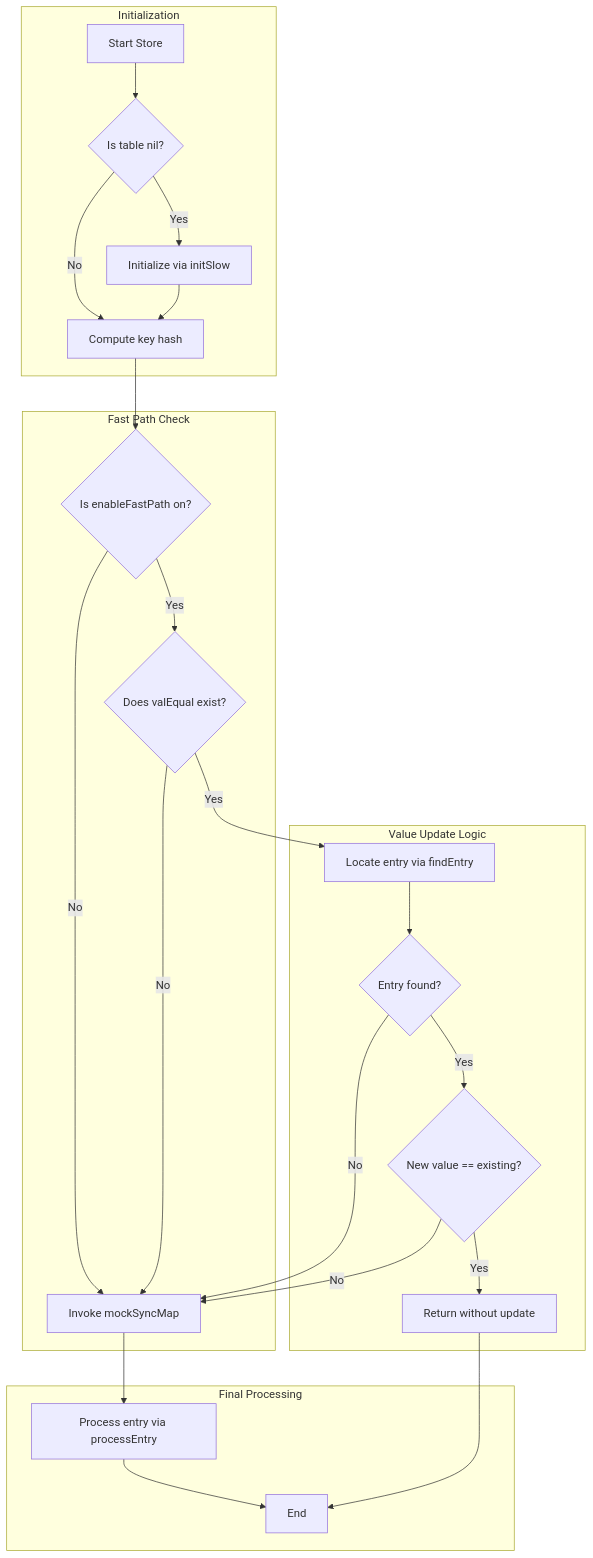
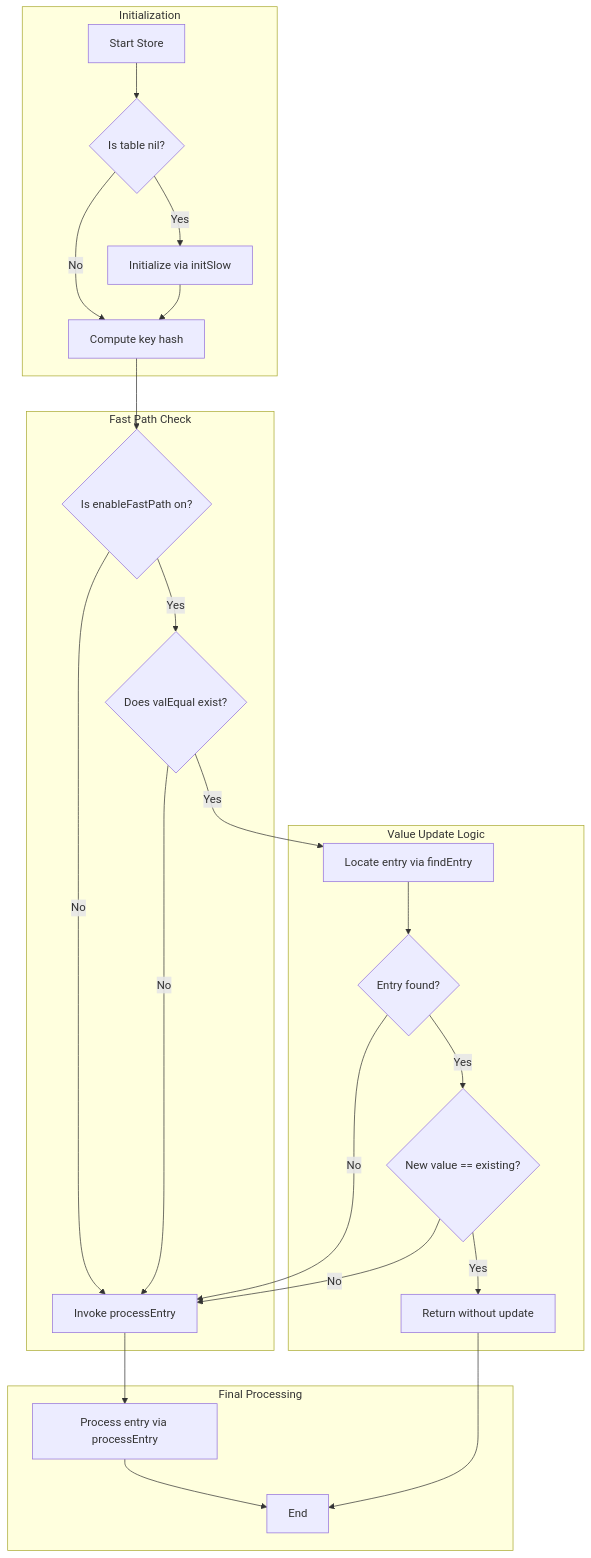
One commit to llxisdsh/pb changed the second of 7 diagrams in mapof_flow.md. Above: the diagram before and after it, drawn with Mermaid. The commit also changed other lines of this file, not shown here.

````diff
--- a/mapof_flow.md
+++ b/mapof_flow.md
@@ -62,31 +62,31 @@
 ```mermaid
 flowchart TD
 	subgraph Initialization
 		A[Start Store] --> B{Is table nil?}
 		B -->|Yes| C[Initialize via initSlow]
 		B -->|No| D[Compute key hash]
 		C --> D
 	end
 
 	subgraph Fast Path Check
 		D --> E{Is enableFastPath on?}
-		E -->|No| F[Invoke mockSyncMap]
+		E -->|No| F[Invoke processEntry]
 		E -->|Yes| G{Does valEqual exist?}
 		G -->|No| F
 	end
 
 	subgraph Value Update Logic
 		G -->|Yes| H[Locate entry via findEntry]
 		H --> I{Entry found?}
 		I -->|No| F
 		I -->|Yes| J{New value == existing?}
 		J -->|Yes| K[Return without update]
 		J -->|No| F
 	end
 
 	subgraph Final Processing
 		F --> L[Process entry via processEntry]
 		L --> M[End]
 		K --> M
 	end
 ```
````
